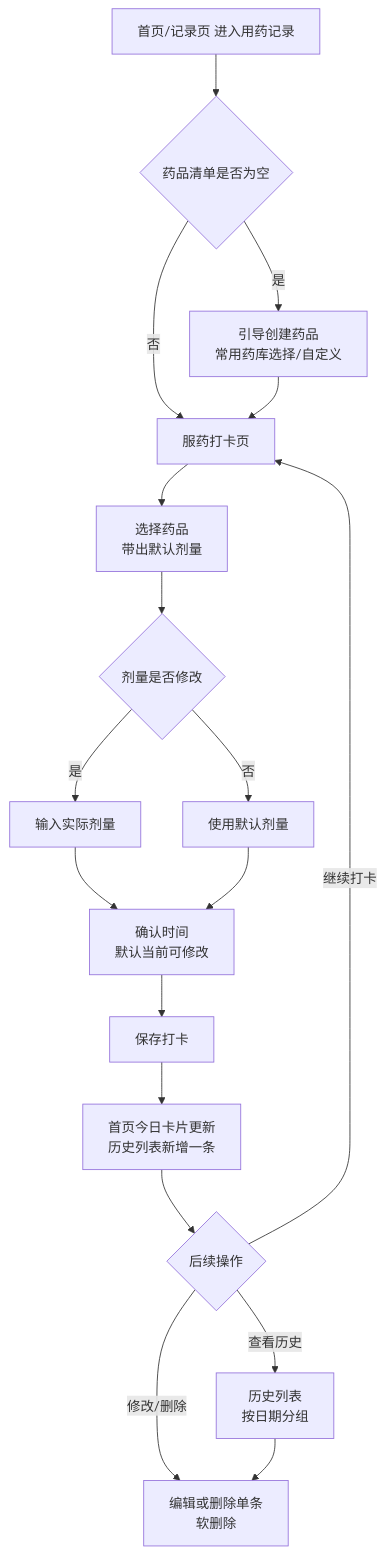
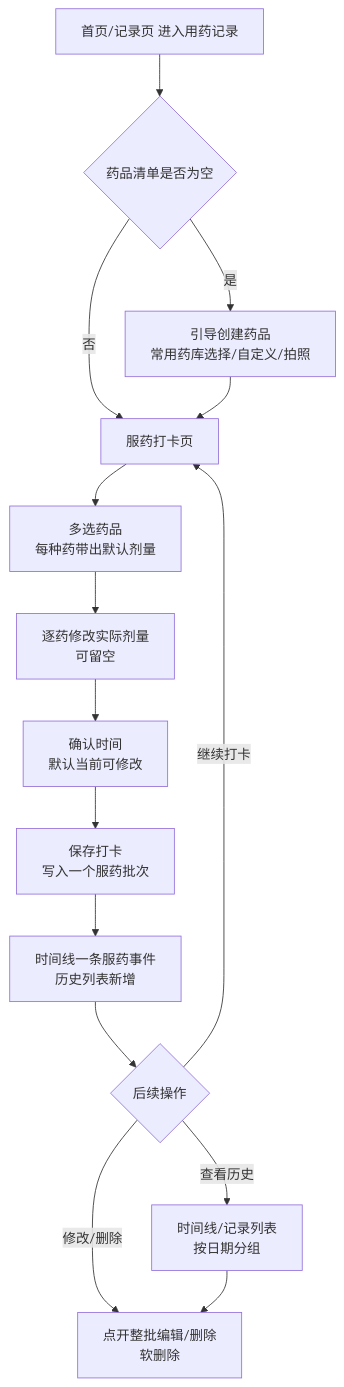
One commit to BingBlog/minicare changed the diagram in docs/features/F14-medication.md. Above: the diagram before and after it, drawn with Mermaid. The commit also changed other lines of this file and 16 other files, not shown here.

````diff
--- a/docs/features/F14-medication.md
+++ b/docs/features/F14-medication.md
@@ -33,20 +45,17 @@
 ```mermaid
 flowchart TD
     A[首页/记录页 进入用药记录] --> B{药品清单是否为空}
-    B -->|是| C[引导创建药品<br/>常用药库选择/自定义]
+    B -->|是| C[引导创建药品<br/>常用药库选择/自定义/拍照]
     B -->|否| D[服药打卡页]
     C --> D
-    D --> E[选择药品<br/>带出默认剂量]
-    E --> F{剂量是否修改}
-    F -->|是| G[输入实际剂量]
-    F -->|否| H[使用默认剂量]
-    G --> I[确认时间<br/>默认当前可修改]
-    H --> I
-    I --> J[保存打卡]
-    J --> K[首页今日卡片更新<br/>历史列表新增一条]
+    D --> E[多选药品<br/>每种药带出默认剂量]
+    E --> F[逐药修改实际剂量<br/>可留空]
+    F --> I[确认时间<br/>默认当前可修改]
+    I --> J[保存打卡<br/>写入一个服药批次]
+    J --> K[时间线一条服药事件<br/>历史列表新增]
     K --> L{后续操作}
     L -->|继续打卡| D
-    L -->|查看历史| M[历史列表<br/>按日期分组]
-    L -->|修改/删除| N[编辑或删除单条<br/>软删除]
+    L -->|查看历史| M[时间线/记录列表<br/>按日期分组]
+    L -->|修改/删除| N[点开整批编辑/删除<br/>软删除]
     M --> N
 ```
````
